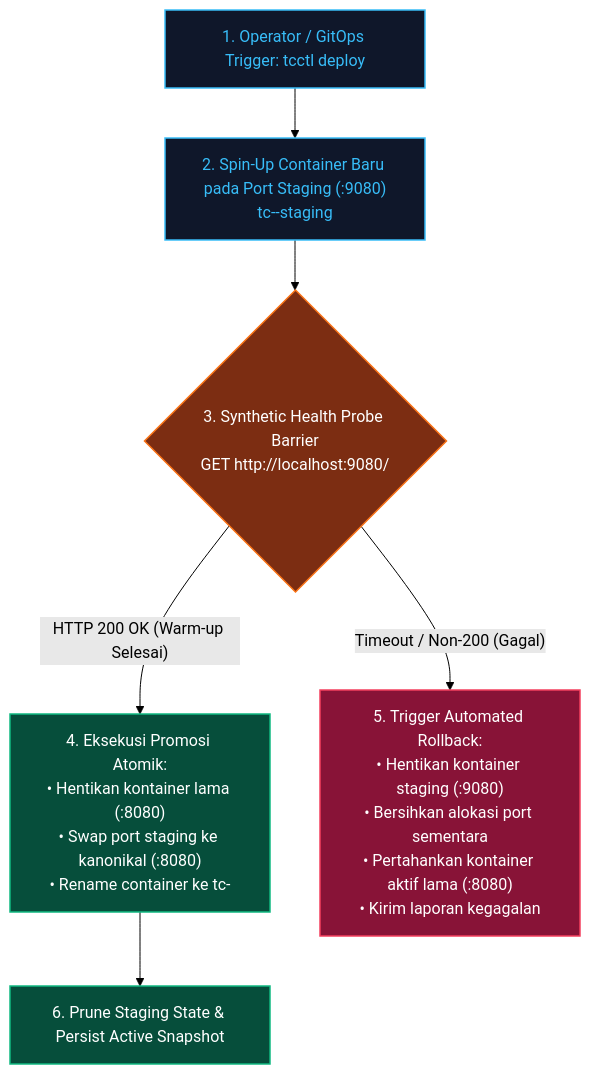
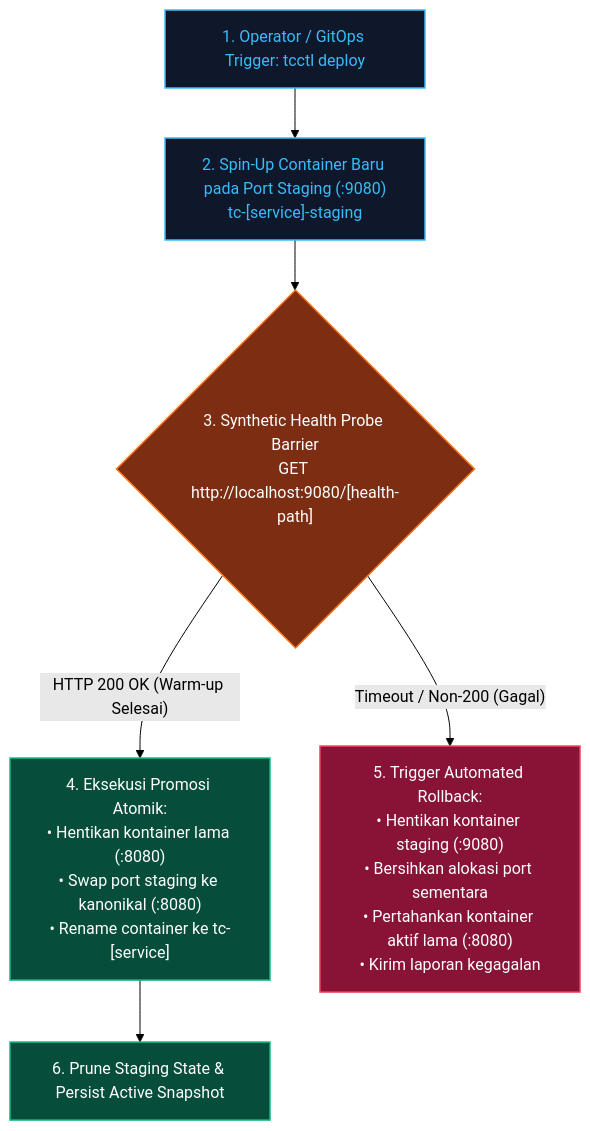
The diagram in content/projects/tcctl/staging-rollout/index.md (edkas07-oss/personal-site), drawn with Mermaid (forest theme) before and after one commit. The commit also changed 1 other file, not shown here.

Commit message:
fix(docs): resolve mermaid syntax and html escaping in tcctl diagrams

```diff
--- a/content/projects/tcctl/staging-rollout/index.md
+++ b/content/projects/tcctl/staging-rollout/index.md
@@ -60,18 +60,18 @@
 {{< mermaid >}}
 flowchart TD
     %% Styling Classes
     classDef step fill:#0f172a,stroke:#38bdf8,stroke-width:1.5px,color:#38bdf8;
     classDef gate fill:#7c2d12,stroke:#f97316,stroke-width:1.5px,color:#ffffff;
     classDef success fill:#064e3b,stroke:#10b981,stroke-width:1.5px,color:#ffffff;
     classDef rollback fill:#881337,stroke:#f43f5e,stroke-width:1.5px,color:#ffffff;
 
-    START["1. Operator / GitOps Trigger: tcctl deploy"]:::step --> STAGING["2. Spin-Up Container Baru pada Port Staging (:9080)<br/>tc-<service>-staging"]:::step
+    START["1. Operator / GitOps Trigger: tcctl deploy"]:::step --> STAGING["2. Spin-Up Container Baru pada Port Staging (:9080)<br/>tc-[service]-staging"]:::step
     
-    STAGING --> PROBE{"3. Synthetic Health Probe Barrier<br/>GET http://localhost:9080/<health-path>"}:::gate
+    STAGING --> PROBE{"3. Synthetic Health Probe Barrier<br/>GET http://localhost:9080/[health-path]"}:::gate
     
-    PROBE -- "HTTP 200 OK (Warm-up Selesai)" --> PROMOTION["4. Eksekusi Promosi Atomik:<br/>• Hentikan kontainer lama (:8080)<br/>• Swap port staging ke kanonikal (:8080)<br/>• Rename container ke tc-<service>"]:::success
+    PROBE -- "HTTP 200 OK (Warm-up Selesai)" --> PROMOTION["4. Eksekusi Promosi Atomik:<br/>• Hentikan kontainer lama (:8080)<br/>• Swap port staging ke kanonikal (:8080)<br/>• Rename container ke tc-[service]"]:::success
     
     PROBE -- "Timeout / Non-200 (Gagal)" --> ABORT["5. Trigger Automated Rollback:<br/>• Hentikan kontainer staging (:9080)<br/>• Bersihkan alokasi port sementara<br/>• Pertahankan kontainer aktif lama (:8080)<br/>• Kirim laporan kegagalan"]:::rollback
 
     PROMOTION --> CLEANUP["6. Prune Staging State & Persist Active Snapshot"]:::success
 {{< /mermaid >}}
```
